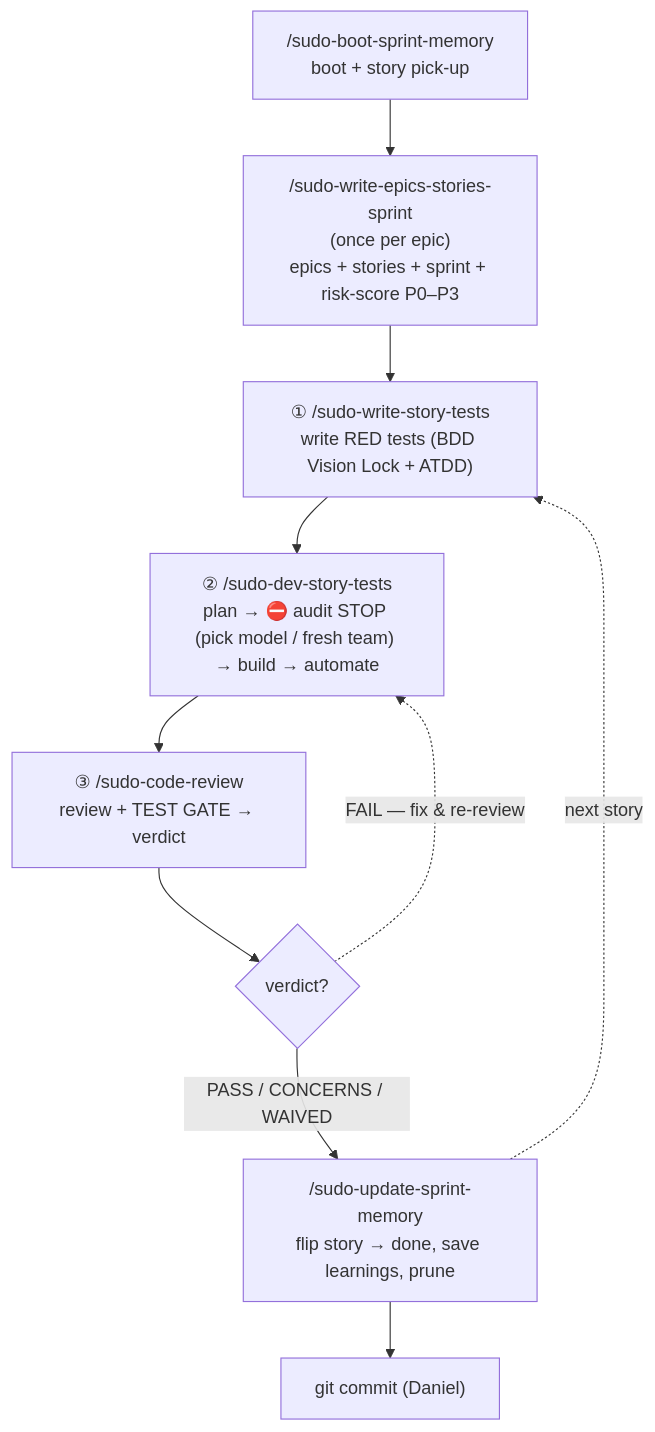
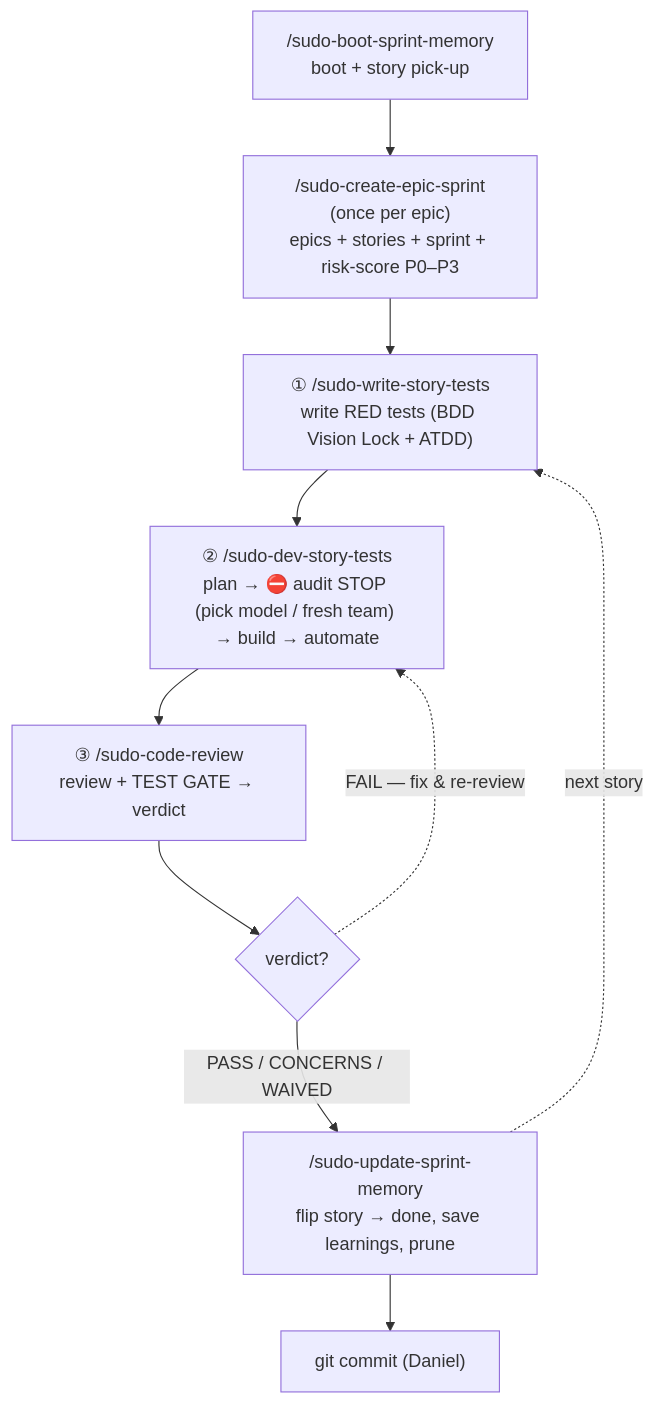
Before and after one commit to sudomadhatter/Sudo_Hatter_Command: the second of 3 diagrams in _my_resources/diagrams_guides/workflows_tea_testing/tea_deep_reference.md, drawn with Mermaid. The commit also changed other lines of this file and 18 other files, not shown here.

````diff
--- a/_my_resources/diagrams_guides/workflows_tea_testing/tea_deep_reference.md
+++ b/_my_resources/diagrams_guides/workflows_tea_testing/tea_deep_reference.md
@@ -660,12 +660,12 @@
 ```mermaid
 flowchart TD
-    BOOT["/sudo-boot-sprint-memory<br/>boot + story pick-up"] --> KICK["/sudo-write-epics-stories-sprint<br/>(once per epic)<br/>epics + stories + sprint + risk-score P0–P3"]
+    BOOT["/sudo-boot-sprint-memory<br/>boot + story pick-up"] --> KICK["/sudo-create-epic-sprint<br/>(once per epic)<br/>epics + stories + sprint + risk-score P0–P3"]
     KICK --> W["① /sudo-write-story-tests<br/>write RED tests (BDD Vision Lock + ATDD)"]
     W --> DEV["② /sudo-dev-story-tests<br/>plan → ⛔ audit STOP (pick model / fresh team) → build → automate"]
     DEV --> CR["③ /sudo-code-review<br/>review + TEST GATE → verdict"]
     CR --> GATE{"verdict?"}
     GATE -->|"PASS / CONCERNS / WAIVED"| UPD["/sudo-update-sprint-memory<br/>flip story → done, save learnings, prune"]
     GATE -.->|"FAIL — fix & re-review"| DEV
     UPD --> COMMIT["git commit (Daniel)"]
     UPD -.->|"next story"| W
 ```
````
